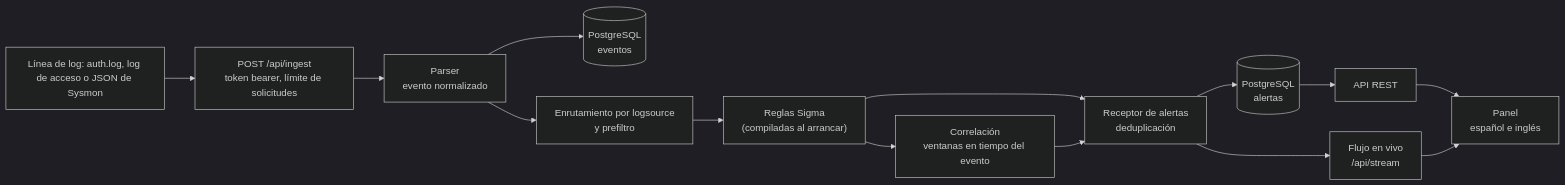
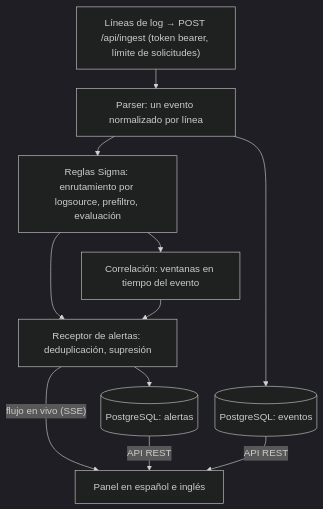
One commit to DavidRamPari/centinela changed the diagram in README.es.md. Above: the diagram before and after it, drawn with Mermaid (dark theme). The commit also changed 1 other file, not shown here.

Commit message:
docs(readme): a diagram that stays legible at GitHub's page width
The left-to-right flowchart was ten steps wide, so GitHub would shrink its
text; top to bottom with tighter spacing it renders at 413 x 788 px.

````diff
--- a/README.es.md
+++ b/README.es.md
@@ -41,16 +41,15 @@
 ```mermaid
-flowchart LR
-  L["Línea de log: auth.log, log de acceso o JSON de Sysmon"] --> I["POST /api/ingest<br/>token bearer, límite de solicitudes"]
-  I --> P["Parser<br/>evento normalizado"]
-  P --> E[("PostgreSQL<br/>eventos")]
-  P --> R["Enrutamiento por logsource<br/>y prefiltro"]
-  R --> S["Reglas Sigma<br/>(compiladas al arrancar)"]
-  S --> C["Correlación<br/>ventanas en tiempo del evento"]
-  S --> A["Receptor de alertas<br/>deduplicación"]
+%%{init: {"flowchart": {"rankSpacing": 32, "nodeSpacing": 28}}}%%
+flowchart TB
+  I["Líneas de log → POST /api/ingest (token bearer, límite de solicitudes)"]
+  I --> P["Parser: un evento normalizado por línea"]
+  P --> E[("PostgreSQL: eventos")]
+  P --> S["Reglas Sigma: enrutamiento por logsource, prefiltro, evaluación"]
+  S --> C["Correlación: ventanas en tiempo del evento"]
+  S --> A["Receptor de alertas: deduplicación, supresión"]
   C --> A
-  A --> DB[("PostgreSQL<br/>alertas")]
-  A --> SSE["Flujo en vivo<br/>/api/stream"]
-  DB --> API["API REST"]
-  API --> UI["Panel<br/>español e inglés"]
-  SSE --> UI
+  A --> DB[("PostgreSQL: alertas")]
+  A -->|"flujo en vivo (SSE)"| UI["Panel en español e inglés"]
+  DB -->|API REST| UI
+  E -->|API REST| UI
 ```
````
